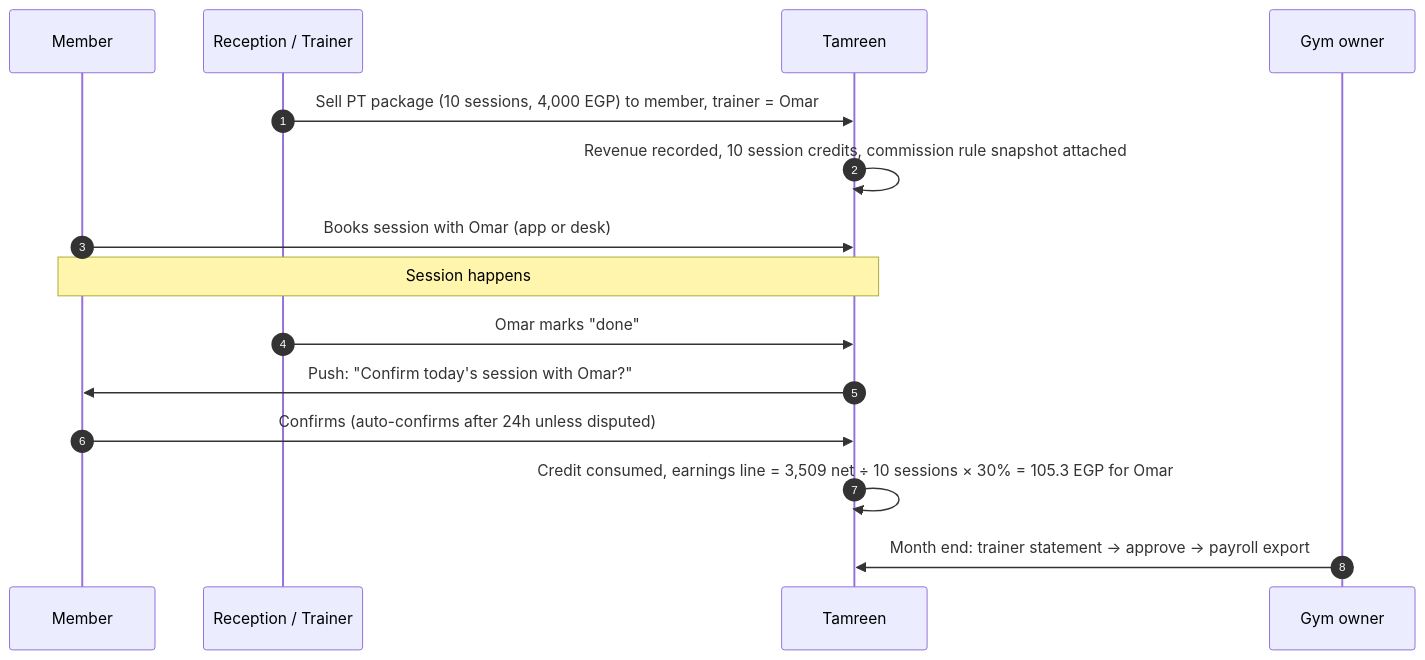
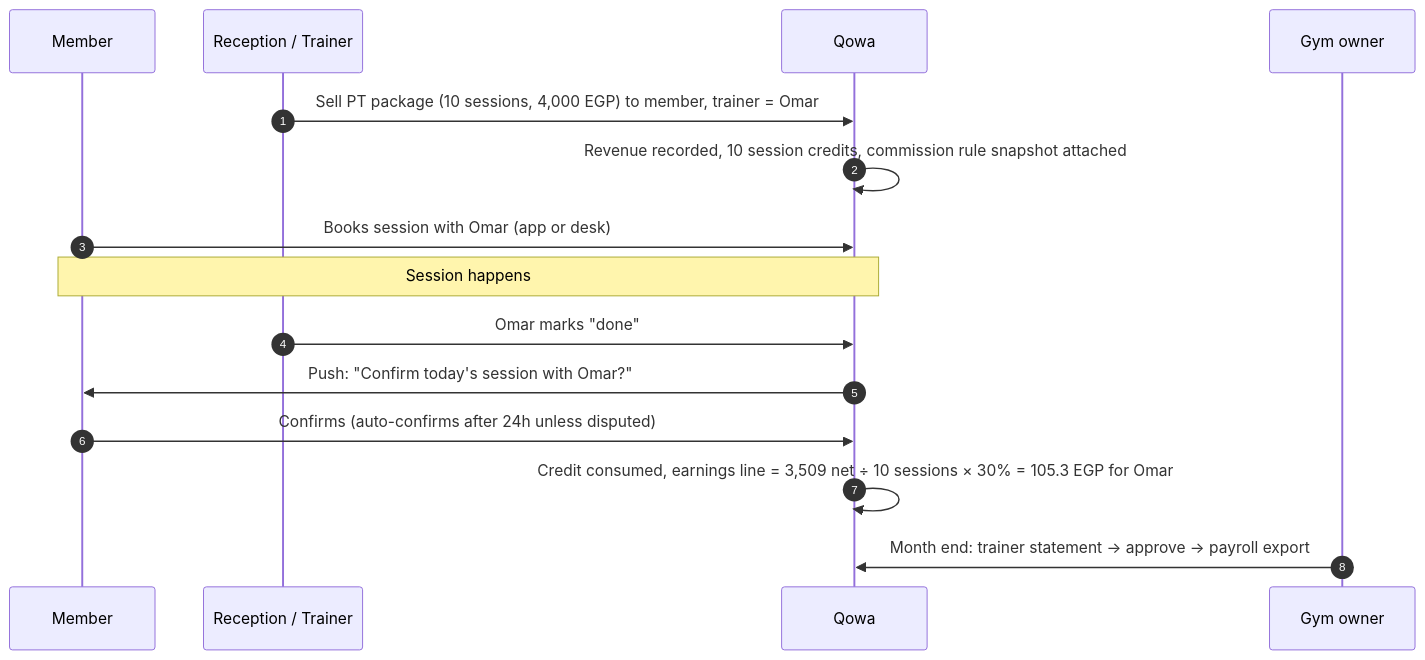
Before and after one commit to abdo-shrief270/muhasebi-egypt: the eighth of 10 diagrams in docs/fitness-platform/PRODUCT_BUSINESS_BLUEPRINT.md, drawn with Mermaid. The commit also changed other lines of this file and 31 other files, not shown here.

First line of the commit message:
Rename the fitness platform from Tamreen to Qowa

````diff
--- a/docs/fitness-platform/PRODUCT_BUSINESS_BLUEPRINT.md
+++ b/docs/fitness-platform/PRODUCT_BUSINESS_BLUEPRINT.md
@@ -554,17 +554,17 @@
 ```mermaid
 sequenceDiagram
     autonumber
     participant M as Member
     participant R as Reception / Trainer
-    participant T as Tamreen
+    participant T as Qowa
     participant O as Gym owner
     R->>T: Sell PT package (10 sessions, 4,000 EGP) to member, trainer = Omar
     T->>T: Revenue recorded, 10 session credits, commission rule snapshot attached
     M->>T: Books session with Omar (app or desk)
     Note over M,T: Session happens
     R->>T: Omar marks "done"
     T->>M: Push: "Confirm today's session with Omar?"
     M->>T: Confirms (auto-confirms after 24h unless disputed)
     T->>T: Credit consumed, earnings line = 3,509 net ÷ 10 sessions × 30% = 105.3 EGP for Omar
     O->>T: Month end: trainer statement → approve → payroll export
 ```
````
